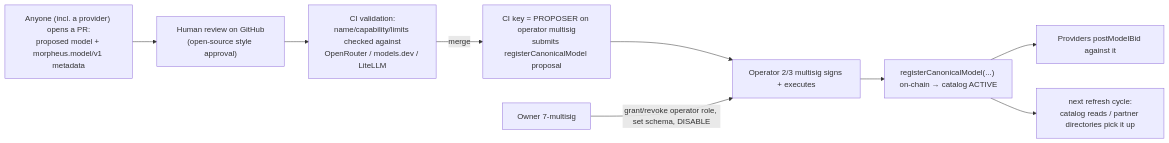
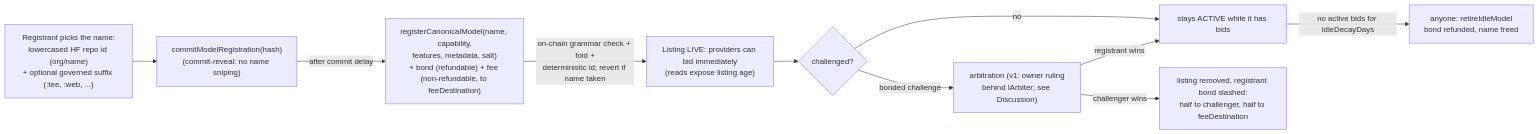
Before and after one commit to cowboycoderhq/Morpheus-Lumerin-Node: the first of 18 diagrams in smart-contracts/docs/inference-contract-enhancements-rfp.md, drawn with Mermaid. The commit also changed other lines of this file and 1 other file, not shown here.

````diff
--- a/smart-contracts/docs/inference-contract-enhancements-rfp.md
+++ b/smart-contracts/docs/inference-contract-enhancements-rfp.md
@@ -157,11 +172,12 @@
 ```mermaid
 flowchart LR
-  PROP["Anyone (incl. a provider) opens a PR:<br/>proposed model + morpheus.model/v1 metadata"] --> REV["Human review on GitHub<br/>(open-source style approval)"]
-  REV --> CI["CI validation:<br/>name/capability/limits checked against<br/>OpenRouter / models.dev / LiteLLM"]
-  CI -->|"merge"| PROPOSE["CI key = PROPOSER on operator multisig<br/>submits registerCanonicalModel proposal"]
-  PROPOSE --> SIGN["Operator 2/3 multisig signs + executes"]
-  SIGN --> REG["registerCanonicalModel(...) on-chain → catalog ACTIVE"]
-  REG --> BID["Providers postModelBid against it"]
-  REG --> REFRESH["next refresh cycle:<br/>catalog reads / partner directories pick it up"]
-  OWN["Owner 7-multisig"] -->|"grant/revoke operator role, set schema, DISABLE"| SIGN
+  NAME["Registrant picks the name:<br/>lowercased HF repo id (org/name)<br/>+ optional governed suffix (:tee, :web, ...)"] --> COMMIT["commitModelRegistration(hash)<br/>(commit-reveal: no name sniping)"]
+  COMMIT -->|"after commit delay"| REG["registerCanonicalModel(name, capability,<br/>features, metadata, salt)<br/>+ bond (refundable) + fee (non-refundable, to feeDestination)"]
+  REG -->|"on-chain grammar check + fold +<br/>deterministic id; revert if name taken"| LIVE["Listing LIVE: providers can bid immediately<br/>(reads expose listing age)"]
+  LIVE --> CHAL{"challenged?"}
+  CHAL -->|"no"| ACTIVE["stays ACTIVE while it has bids"]
+  CHAL -->|"bonded challenge"| ARB["arbitration (v1: owner ruling<br/>behind IArbiter; see Discussion)"]
+  ARB -->|"registrant wins"| ACTIVE
+  ARB -->|"challenger wins"| SLASH["listing removed, registrant bond slashed:<br/>half to challenger, half to feeDestination"]
+  ACTIVE -->|"no active bids for idleDecayDays"| DECAY["anyone: retireIdleModel<br/>bond refunded, name freed"]
 ```
````
